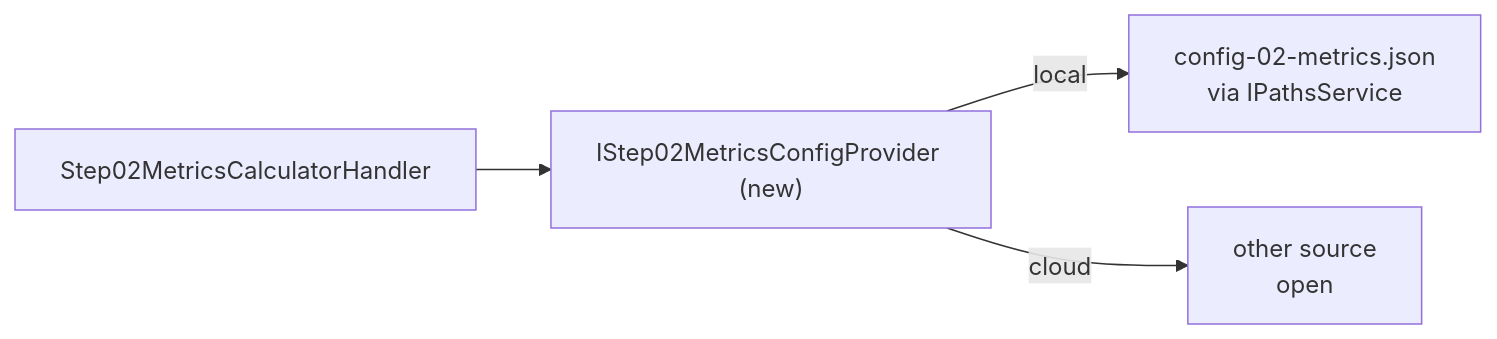
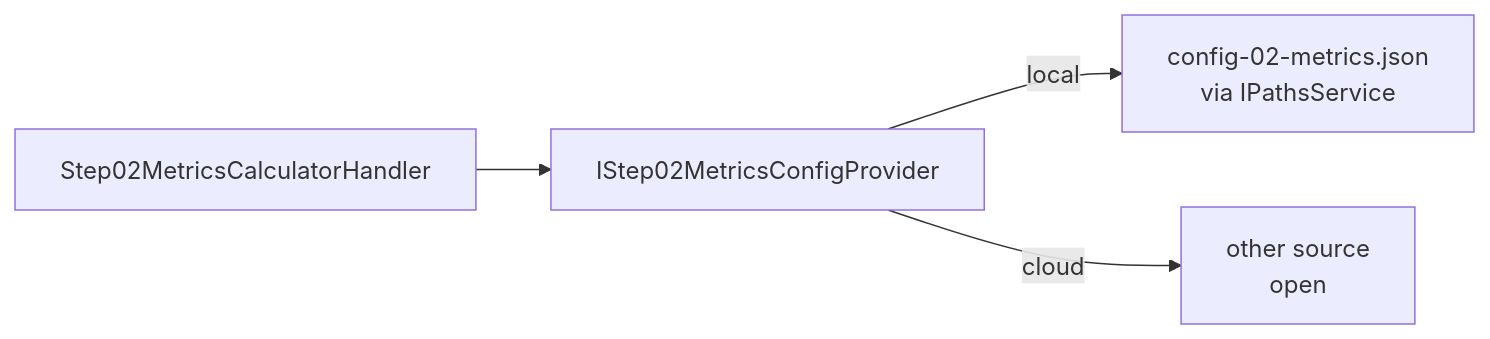
The second of 3 diagrams in Docs/pipeline-redesign/02-metricscalculator.md (Muhomorik/FikaFinans), drawn with Mermaid before and after one commit. The commit also changed other lines of this file and 4 other files, not shown here.

Commit message:
Add `IStep02MetricsConfigProvider` and its `JsonBackedStep02MetricsConfigProvider` implementation. Include tests for JSON parsing, defaults, and runtime updates. Register the provider in DI and update documentation for step 2 config design.

````diff
--- a/Docs/pipeline-redesign/02-metricscalculator.md
+++ b/Docs/pipeline-redesign/02-metricscalculator.md
@@ -290,6 +290,6 @@
 ```mermaid
 flowchart LR
-  h["Step02MetricsCalculatorHandler"] --> p["IStep02MetricsConfigProvider (new)"]
+  h["Step02MetricsCalculatorHandler"] --> p["IStep02MetricsConfigProvider"]
   p -->|local| json["config-02-metrics.json<br/>via IPathsService"]
   p -->|cloud| other["other source<br/>open"]
 ```
````
